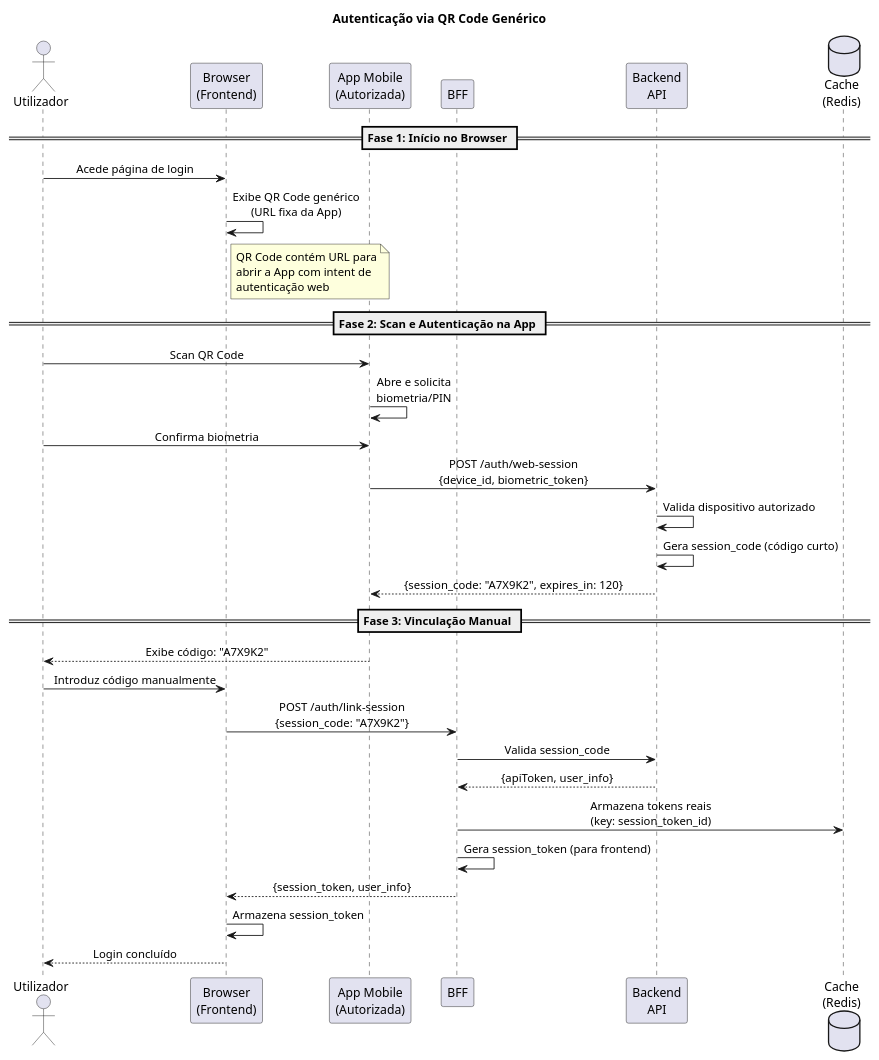
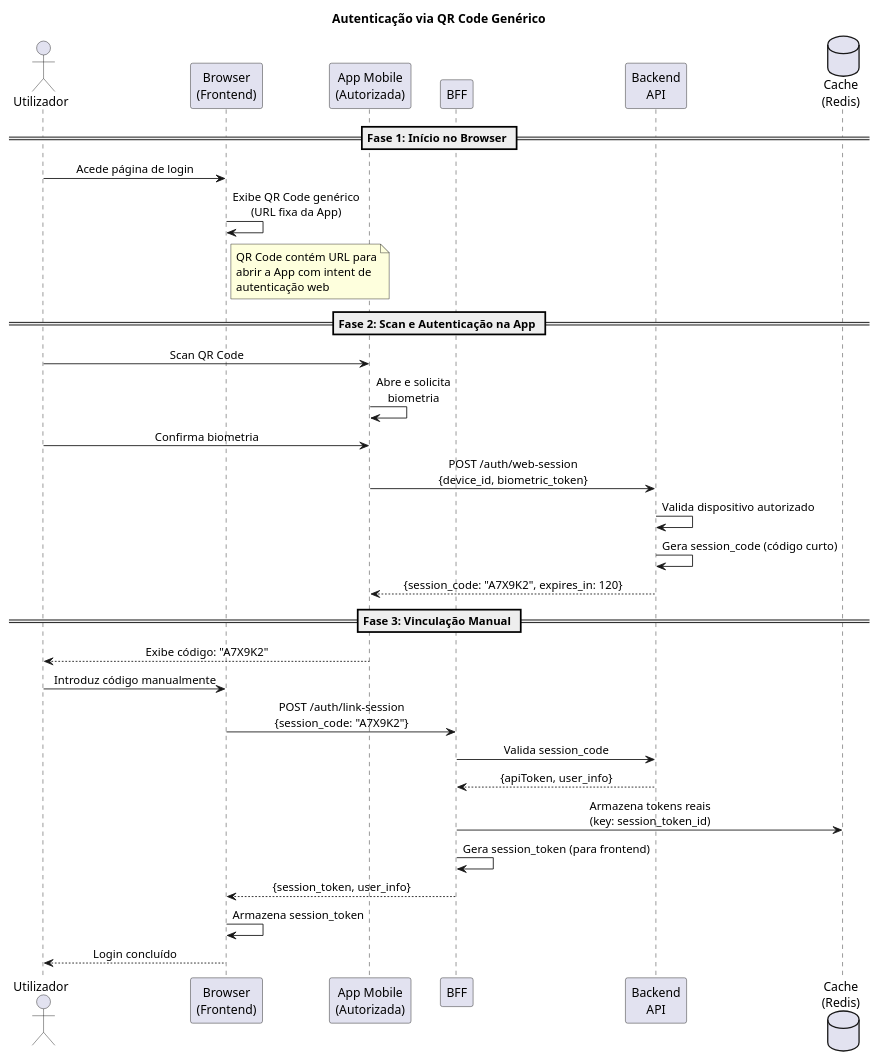
The second of 7 diagrams in project/definitions/DEF-13-autenticacao-oauth.md (beduardo/novobanco_website_doc), drawn with PlantUML before and after one commit. The commit also changed other lines of this file and 22 other files, not shown here.

````diff
--- a/project/definitions/DEF-13-autenticacao-oauth.md
+++ b/project/definitions/DEF-13-autenticacao-oauth.md
@@ -126,46 +127,46 @@
 ```plantuml
 @startuml
 skinparam sequenceMessageAlign center
 skinparam responseMessageBelowArrow true
 
 title Autenticação via QR Code Genérico
 
 actor "Utilizador" as User
 participant "Browser\n(Frontend)" as Browser
 participant "App Mobile\n(Autorizada)" as App
 participant "BFF" as BFF
 participant "Backend\nAPI" as API
 database "Cache\n(Redis)" as Cache
 
 == Fase 1: Início no Browser ==
 User -> Browser : Acede página de login
 Browser -> Browser : Exibe QR Code genérico\n(URL fixa da App)
 note right of Browser
 QR Code contém URL para
 abrir a App com intent de
 autenticação web
 end note
 
 == Fase 2: Scan e Autenticação na App ==
 User -> App : Scan QR Code
-App -> App : Abre e solicita\nbiometria/PIN
+App -> App : Abre e solicita\nbiometria
 User -> App : Confirma biometria
 App -> API : POST /auth/web-session\n{device_id, biometric_token}
 API -> API : Valida dispositivo autorizado
 API -> API : Gera session_code (código curto)
 API --> App : {session_code: "A7X9K2", expires_in: 120}
 
 == Fase 3: Vinculação Manual ==
 App --> User : Exibe código: "A7X9K2"
 User -> Browser : Introduz código manualmente
 Browser -> BFF : POST /auth/link-session\n{session_code: "A7X9K2"}
 BFF -> API : Valida session_code
 API --> BFF : {apiToken, user_info}
 BFF -> Cache : Armazena tokens reais\n(key: session_token_id)
 BFF -> BFF : Gera session_token (para frontend)
 BFF --> Browser : {session_token, user_info}
 Browser -> Browser : Armazena session_token
 Browser --> User : Login concluído
 
 @enduml
 ```
````
